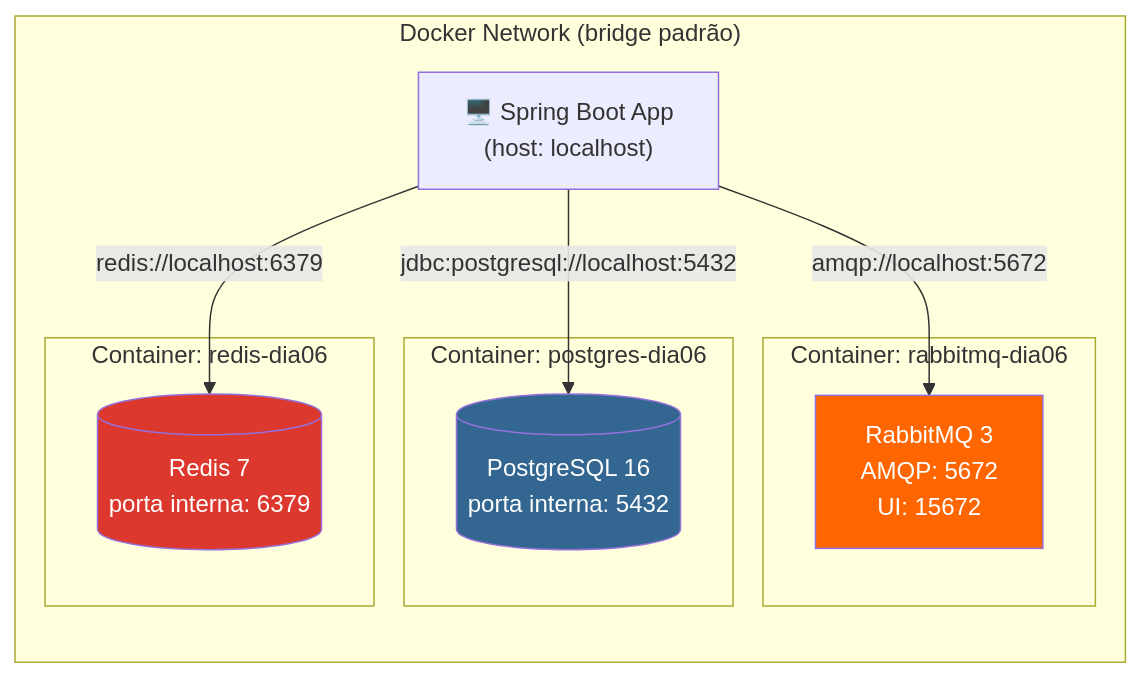
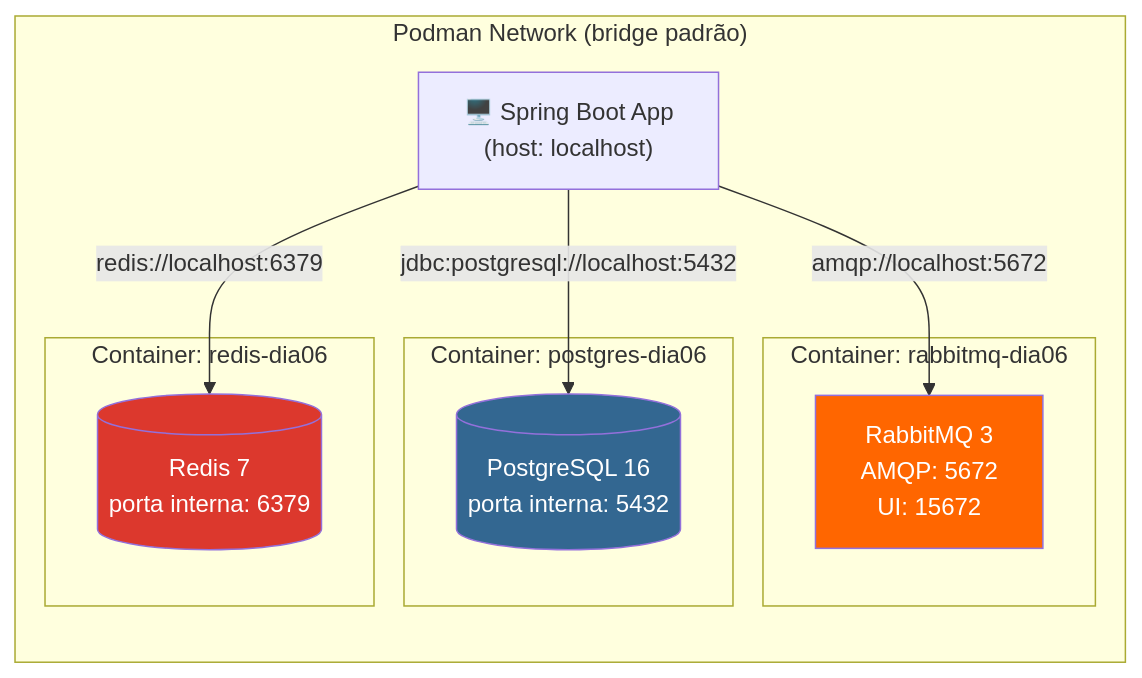
The second of 7 diagrams in dia-06/slide-02.md (deusemarjunior/trein-java-intermed), drawn with Mermaid before and after one commit. The commit also changed other lines of this file and 100 other files, not shown here.

Commit message:
removendo docker adicionando podman

````diff
--- a/dia-06/slide-02.md
+++ b/dia-06/slide-02.md
@@ -41,27 +41,27 @@
 ```mermaid
 graph TB
-    subgraph "Docker Network (bridge padrão)"
+    subgraph "Podman Network (bridge padrão)"
         direction TB
         APP["🖥️ Spring Boot App<br/>(host: localhost)"]
 
         subgraph "Container: postgres-dia06"
             PG[("PostgreSQL 16<br/>porta interna: 5432")]
         end
 
         subgraph "Container: rabbitmq-dia06"
             RMQ["RabbitMQ 3<br/>AMQP: 5672<br/>UI: 15672"]
         end
 
         subgraph "Container: redis-dia06"
             RED[("Redis 7<br/>porta interna: 6379")]
         end
     end
 
     APP -->|"jdbc:postgresql://localhost:5432"| PG
     APP -->|"amqp://localhost:5672"| RMQ
     APP -->|"redis://localhost:6379"| RED
 
     style PG fill:#336791,color:#fff
     style RMQ fill:#ff6600,color:#fff
     style RED fill:#dc382d,color:#fff
 ```
````
